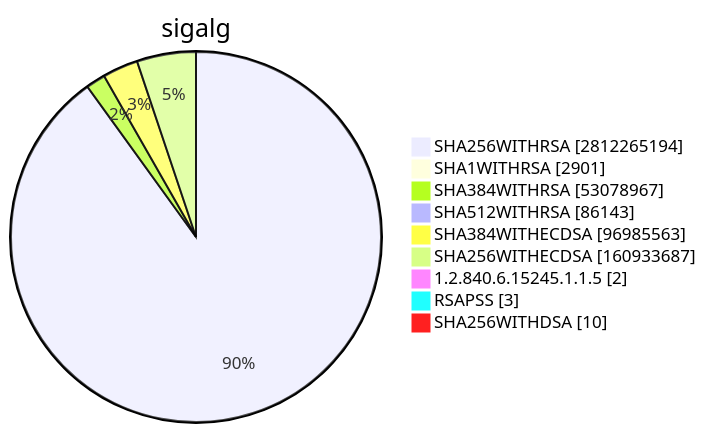
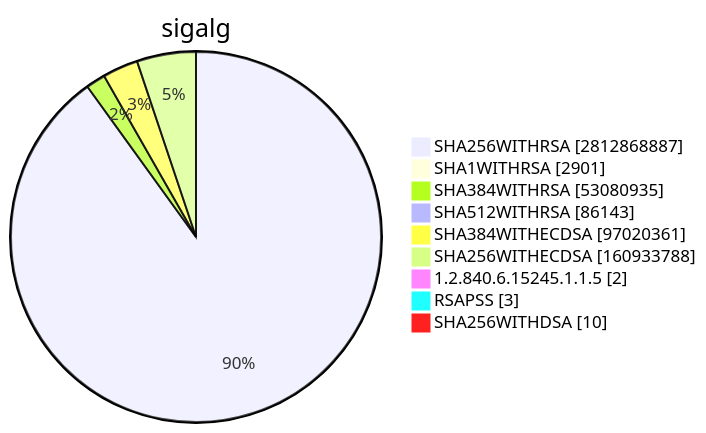
One commit to christiankrug/ctmonitor_visualization changed diagram 15 of 15 in TOTAL/README.md. Above: the diagram before and after it, drawn with Mermaid. The commit also changed other lines of this file, not shown here.

````diff
--- a/TOTAL/README.md
+++ b/TOTAL/README.md
@@ -6207,13 +6207,13 @@
 ```mermaid
 pie showData
 title sigalg
-"SHA256WITHRSA" :2812265194
+"SHA256WITHRSA" :2812868887
 "SHA1WITHRSA" :2901
-"SHA384WITHRSA" :53078967
+"SHA384WITHRSA" :53080935
 "SHA512WITHRSA" :86143
-"SHA384WITHECDSA" :96985563
-"SHA256WITHECDSA" :160933687
+"SHA384WITHECDSA" :97020361
+"SHA256WITHECDSA" :160933788
 "1.2.840.6.15245.1.1.5" :2
 "RSAPSS" :3
 "SHA256WITHDSA" :10
 ```
````
